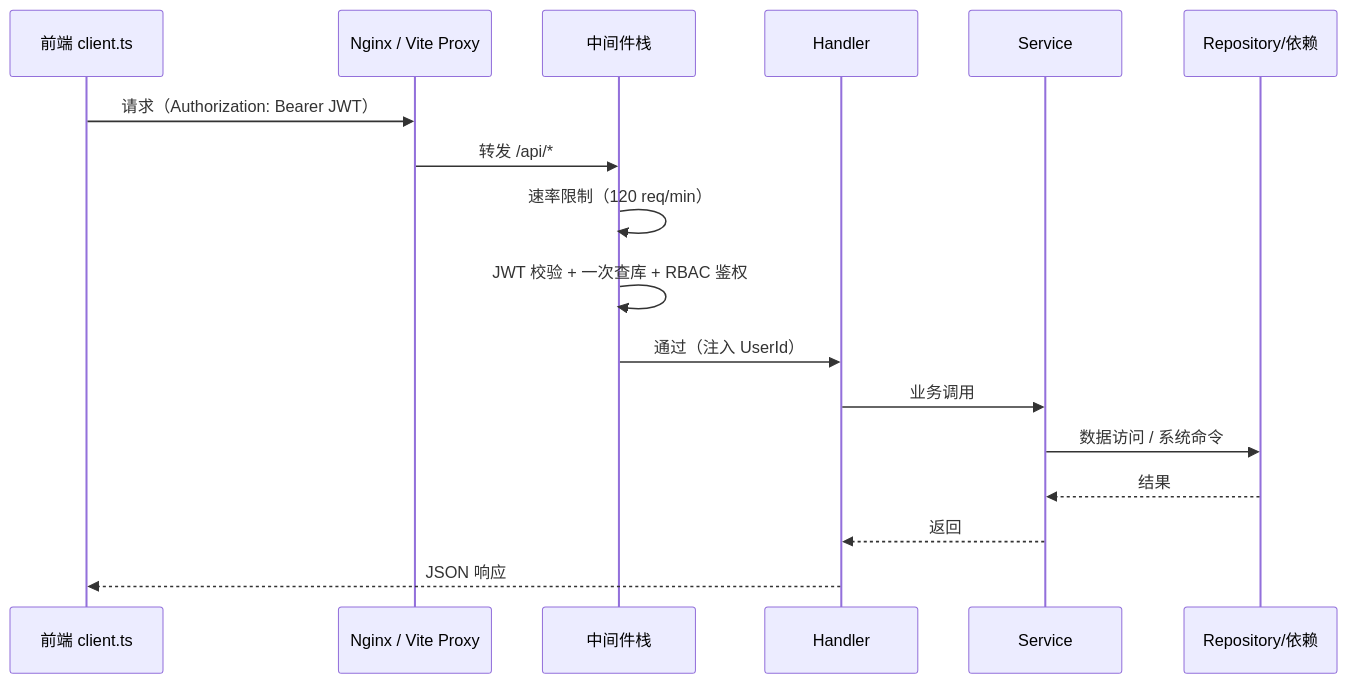
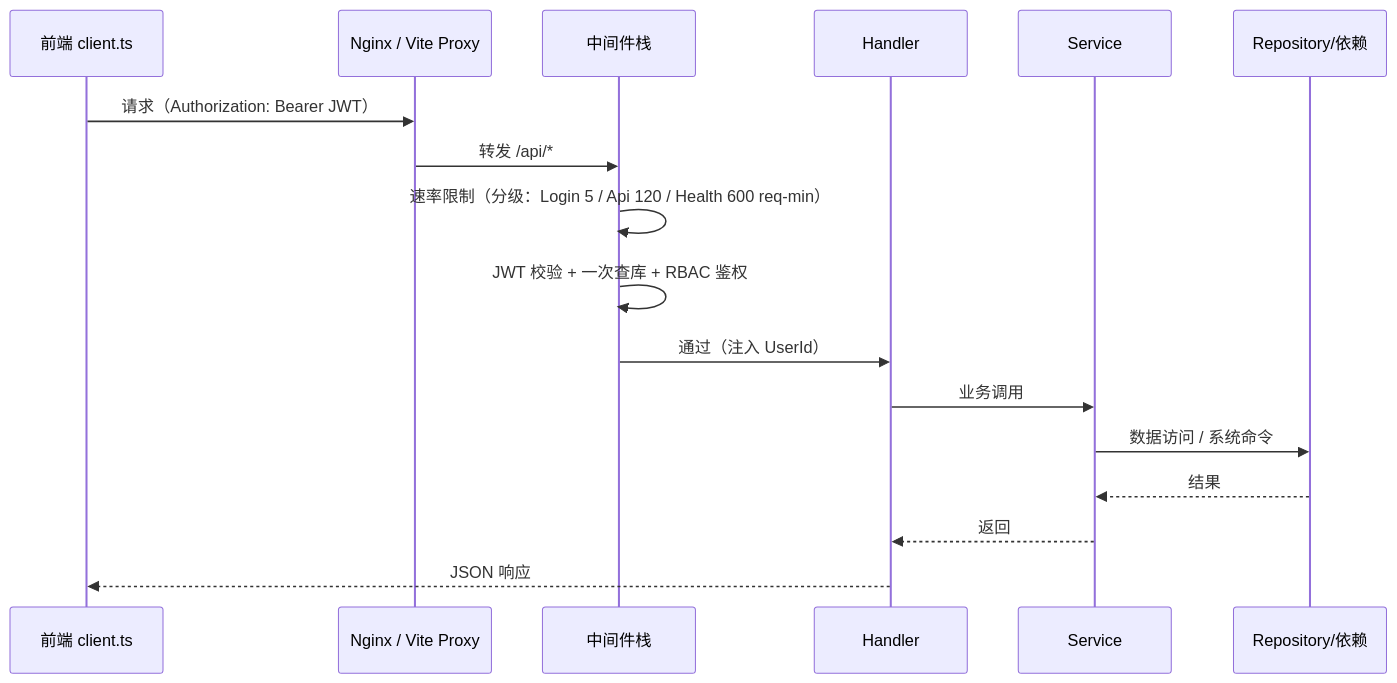
Before and after one commit to Forevery1021/Flamepanel: the second of 5 diagrams in Doc/01-架构设计.md, drawn with Mermaid. The commit also changed other lines of this file and 264 other files, not shown here.

````diff
--- a/Doc/01-架构设计.md
+++ b/Doc/01-架构设计.md
@@ -32,20 +32,20 @@
 ```mermaid
 sequenceDiagram
     participant F as 前端 client.ts
     participant N as Nginx / Vite Proxy
     participant MW as 中间件栈
     participant H as Handler
     participant S as Service
     participant R as Repository/依赖
 
     F->>N: 请求（Authorization: Bearer JWT）
     N->>MW: 转发 /api/*
-    MW->>MW: 速率限制（120 req/min）
+    MW->>MW: 速率限制（分级：Login 5 / Api 120 / Health 600 req-min）
     MW->>MW: JWT 校验 + 一次查库 + RBAC 鉴权
     MW->>H: 通过（注入 UserId）
     H->>S: 业务调用
     S->>R: 数据访问 / 系统命令
     R-->>S: 结果
     S-->>H: 返回
     H-->>F: JSON 响应
 ```
````
